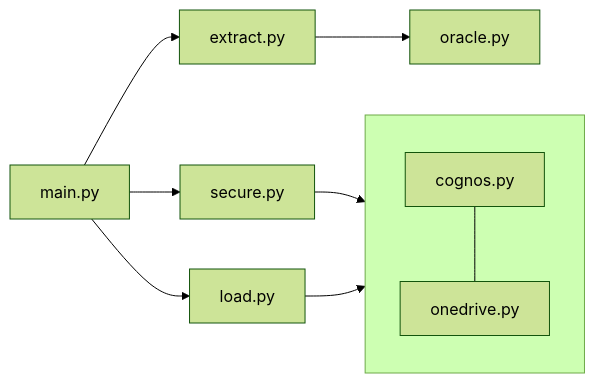
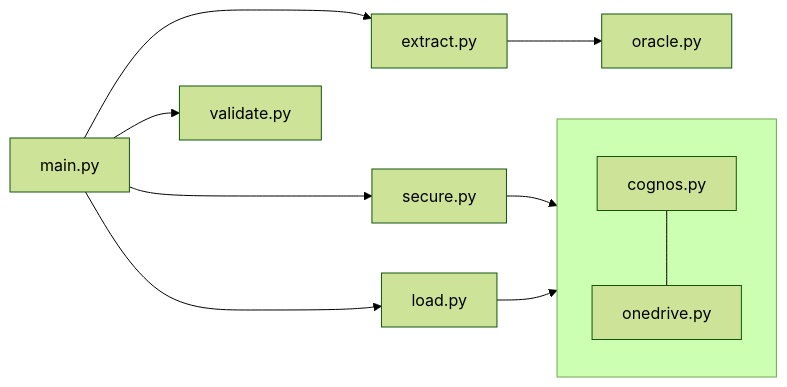
One commit to UO-IS-DDS/ods_docs changed the second of 2 diagrams in docs/mds/overview/_overview.md. Above: the diagram before and after it, drawn with Mermaid (forest theme). The commit also changed other lines of this file, not shown here.

````diff
--- a/docs/mds/overview/_overview.md
+++ b/docs/mds/overview/_overview.md
@@ -42,13 +74,16 @@
 ``` mermaid
 graph LR
 
 main.py --> extract.py
+main.py --> validate.py
+validate.py ~~~ extract.py
+validate.py ~~~ load.py
 extract.py --> oracle.py
 main.py --> secure.py
 main.py --> load.py
 subgraph s1 [ ]
   cognos.py --- onedrive.py
 end
 secure.py --> s1
 load.py --> s1
 ```
````
